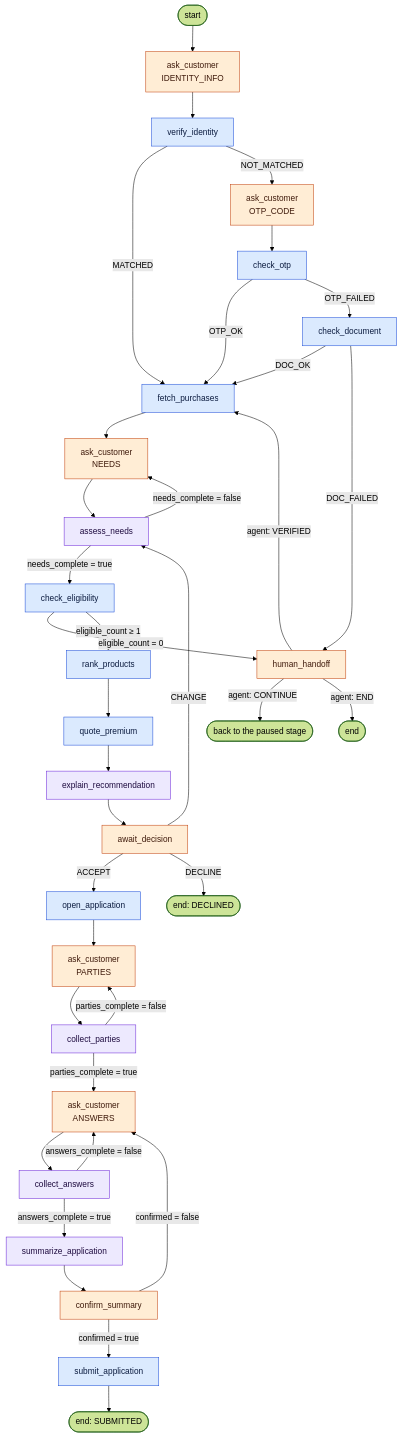
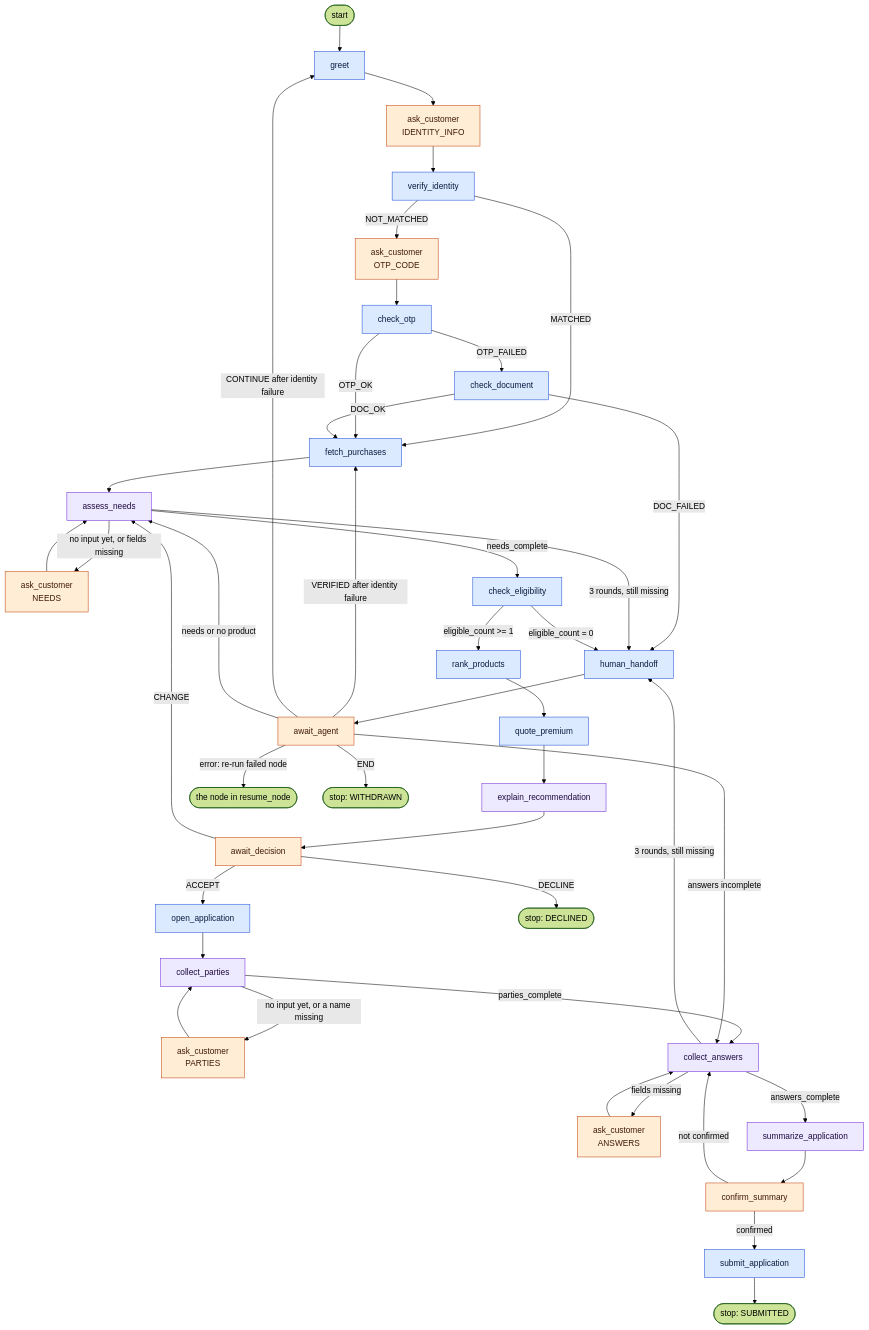
Before and after one commit to pjh4993/insurance-onboarding-assistant: the diagram in docs/langgraph-design.md, drawn with Mermaid (forest theme). The commit also changed other lines of this file and 12 other files, not shown here.

````diff
--- a/docs/langgraph-design.md
+++ b/docs/langgraph-design.md
@@ -55,48 +65,55 @@
 ```mermaid
 flowchart TD
-    START(["start"]) --> ask_id["ask_customer<br/>IDENTITY_INFO"]:::wait
+    s0(["start"]) --> greet:::code
+    greet --> ask_id["ask_customer<br/>IDENTITY_INFO"]:::wait
     ask_id --> verify_identity:::code
 
-    verify_identity -- MATCHED --> fetch_purchases:::code
-    verify_identity -- NOT_MATCHED --> ask_otp["ask_customer<br/>OTP_CODE"]:::wait
+    verify_identity -- "MATCHED" --> fetch_purchases:::code
+    verify_identity -- "NOT_MATCHED" --> ask_otp["ask_customer<br/>OTP_CODE"]:::wait
     ask_otp --> check_otp:::code
-    check_otp -- OTP_OK --> fetch_purchases
-    check_otp -- OTP_FAILED --> check_document:::code
-    check_document -- DOC_OK --> fetch_purchases
-    check_document -- DOC_FAILED --> human_handoff:::wait
+    check_otp -- "OTP_OK" --> fetch_purchases
+    check_otp -- "OTP_FAILED" --> check_document:::code
+    check_document -- "DOC_OK" --> fetch_purchases
+    check_document -- "DOC_FAILED" --> human_handoff:::code
 
-    fetch_purchases --> ask_needs["ask_customer<br/>NEEDS"]:::wait
-    ask_needs --> assess_needs:::llm
-    assess_needs -- "needs_complete = false" --> ask_needs
-    assess_needs -- "needs_complete = true" --> check_eligibility:::code
+    fetch_purchases --> assess_needs:::llm
+    assess_needs -- "no input yet, or fields missing" --> ask_needs["ask_customer<br/>NEEDS"]:::wait
+    ask_needs --> assess_needs
+    assess_needs -- "3 rounds, still missing" --> human_handoff
+    assess_needs -- "needs_complete" --> check_eligibility:::code
 
     check_eligibility -- "eligible_count = 0" --> human_handoff
-    check_eligibility -- "eligible_count ≥ 1" --> rank_products:::code
+    check_eligibility -- "eligible_count >= 1" --> rank_products:::code
     rank_products --> quote_premium:::code
     quote_premium --> explain_recommendation:::llm
     explain_recommendation --> await_decision:::wait
 
-    await_decision -- ACCEPT --> open_application:::code
-    await_decision -- CHANGE --> assess_needs
-    await_decision -- DECLINE --> DECLINED(["end: DECLINED"])
+    await_decision -- "ACCEPT" --> open_application:::code
+    await_decision -- "CHANGE" --> assess_needs
+    await_decision -- "DECLINE" --> e_declined(["stop: DECLINED"])
 
-    open_application --> ask_parties["ask_customer<br/>PARTIES"]:::wait
-    ask_parties --> collect_parties:::llm
-    collect_parties -- "parties_complete = false" --> ask_parties
-    collect_parties -- "parties_complete = true" --> ask_answers["ask_customer<br/>ANSWERS"]:::wait
-    ask_answers --> collect_answers:::llm
-    collect_answers -- "answers_complete = false" --> ask_answers
-    collect_answers -- "answers_complete = true" --> summarize_application:::llm
+    open_application --> collect_parties:::llm
+    collect_parties -- "no input yet, or a name missing" --> ask_parties["ask_customer<br/>PARTIES"]:::wait
+    ask_parties --> collect_parties
+    collect_parties -- "parties_complete" --> collect_answers:::llm
+    collect_answers -- "fields missing" --> ask_answers["ask_customer<br/>ANSWERS"]:::wait
+    ask_answers --> collect_answers
+    collect_answers -- "3 rounds, still missing" --> human_handoff
+    collect_answers -- "answers_complete" --> summarize_application:::llm
     summarize_application --> confirm_summary:::wait
-    confirm_summary -- "confirmed = true" --> submit_application:::code
-    confirm_summary -- "confirmed = false" --> ask_answers
-    submit_application --> SUBMITTED(["end: SUBMITTED"])
+    confirm_summary -- "confirmed" --> submit_application:::code
+    confirm_summary -- "not confirmed" --> collect_answers
+    submit_application --> e_submitted(["stop: SUBMITTED"])
 
-    human_handoff -- "agent: VERIFIED" --> fetch_purchases
-    human_handoff -- "agent: CONTINUE" --> RESUME(["back to the paused stage"])
-    human_handoff -- "agent: END" --> ENDED(["end"])
+    human_handoff --> await_agent:::wait
+    await_agent -- "VERIFIED after identity failure" --> fetch_purchases
+    await_agent -- "CONTINUE after identity failure" --> greet
+    await_agent -- "needs or no product" --> assess_needs
+    await_agent -- "answers incomplete" --> collect_answers
+    await_agent -- "error: re-run failed node" --> e_rerun(["the node in resume_node"])
+    await_agent -- "END" --> e_withdrawn(["stop: WITHDRAWN"])
 
     classDef code fill:#dbeafe,stroke:#1d4ed8,color:#0b1b3f
     classDef llm fill:#ede9fe,stroke:#6d28d9,color:#1e0b3f
     classDef wait fill:#ffedd5,stroke:#c2410c,color:#3f1a0b
 ```
````
